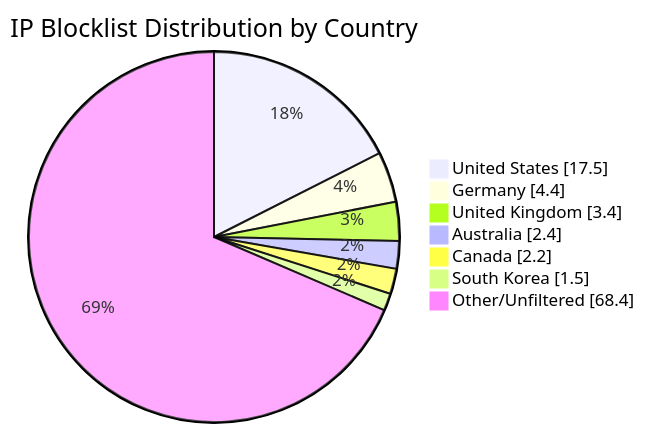
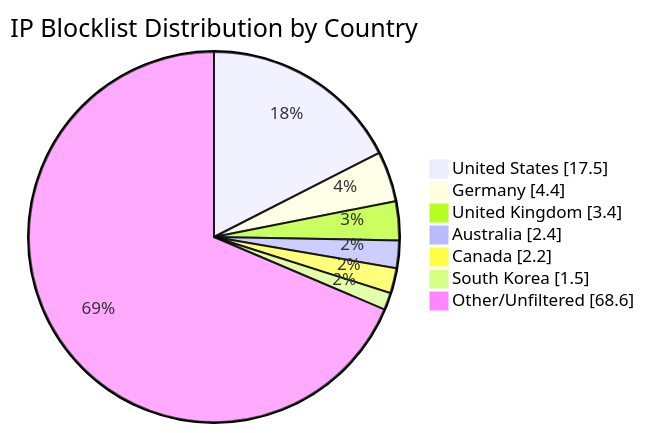
Before and after one commit to MarcusHoltz/ipblocklist-geofiltered-aggregator: the diagram in README.md, drawn with Mermaid. The commit also changed other lines of this file and 9 other files, not shown here.

````diff
--- a/README.md
+++ b/README.md
@@ -34,10 +34,10 @@
 ```mermaid
 pie showData title IP Blocklist Distribution by Country
 "United States" : 17.5
 "Germany" : 4.4
 "United Kingdom" : 3.4
 "Australia" : 2.4
 "Canada" : 2.2
 "South Korea" : 1.5
-"Other/Unfiltered" : 68.4
+"Other/Unfiltered" : 68.6
 ```
````
